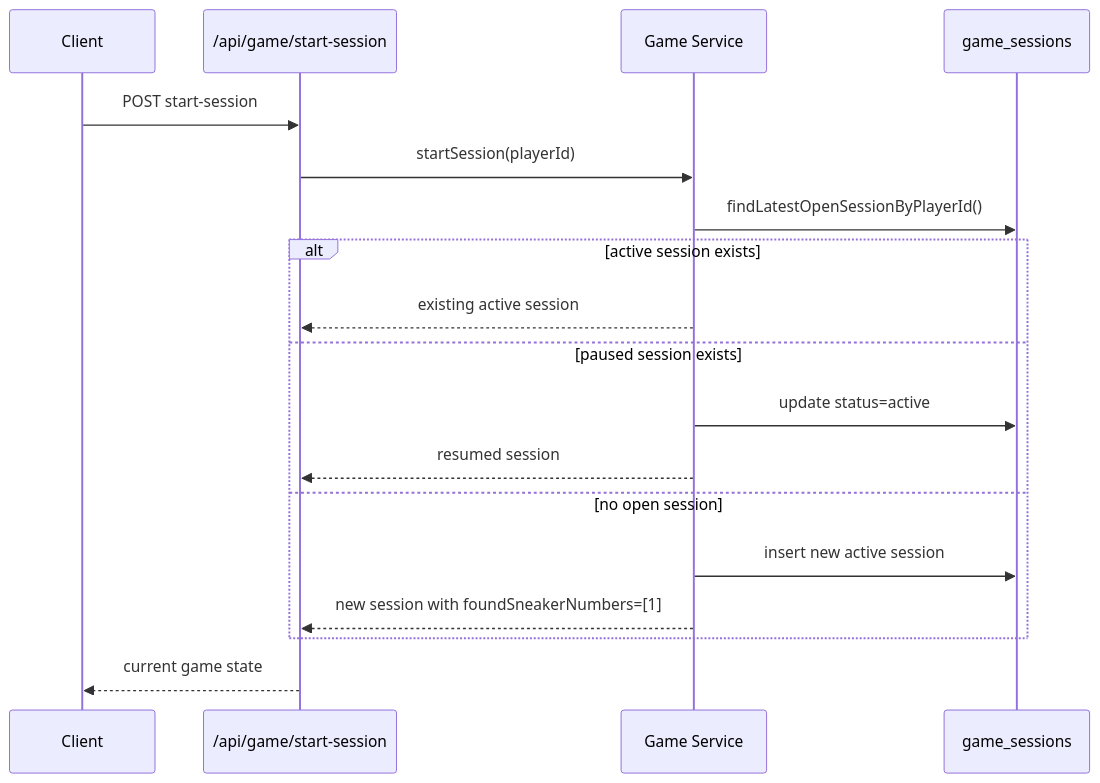
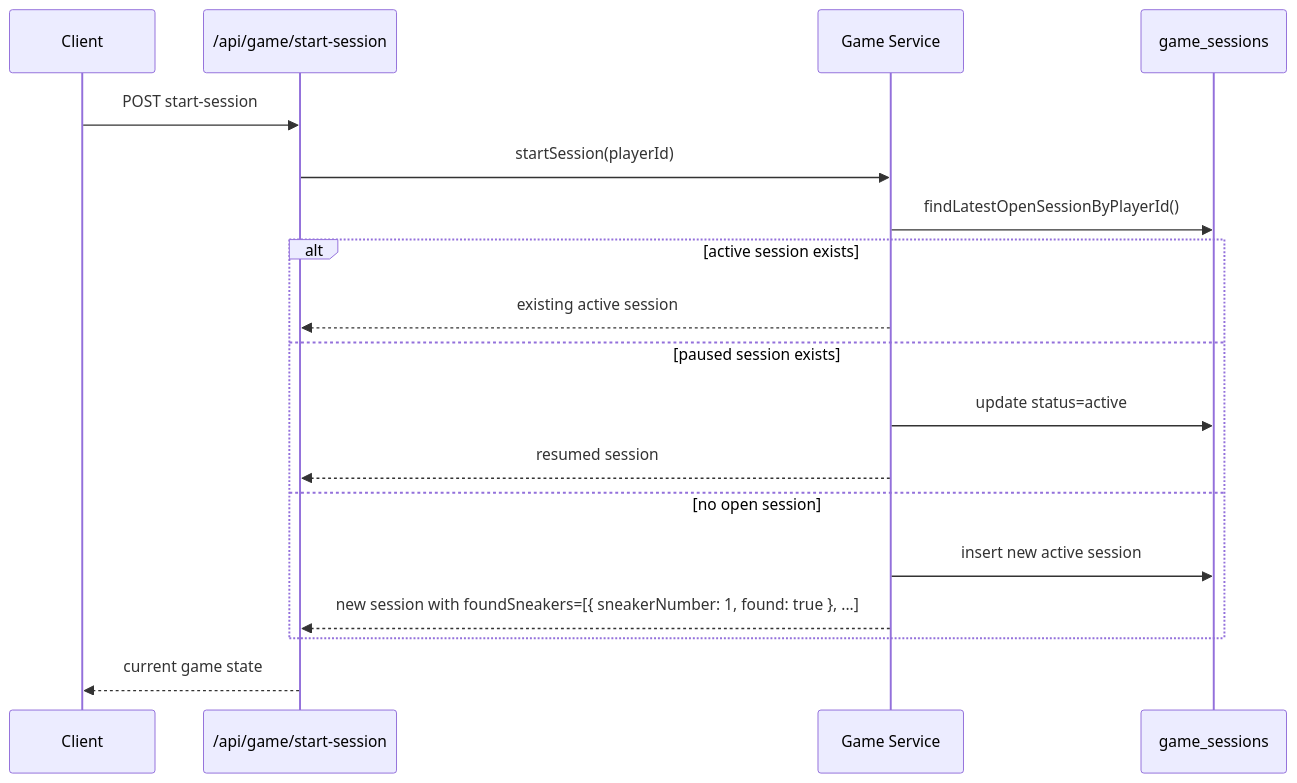
The fourth of 7 diagrams in docs/sequences.md (viscosha1575/lamoda-adidas), drawn with Mermaid before and after one commit. The commit also changed 8 other files, not shown here.

Commit message:
Update game session finish flow and auth bootstrap state

````diff
--- a/docs/sequences.md
+++ b/docs/sequences.md
@@ -58,21 +58,21 @@
 ```mermaid
 sequenceDiagram
     participant Client
     participant API as /api/game/start-session
     participant Game as Game Service
     participant DB as game_sessions
 
     Client->>API: POST start-session
     API->>Game: startSession(playerId)
     Game->>DB: findLatestOpenSessionByPlayerId()
     alt active session exists
         Game-->>API: existing active session
     else paused session exists
         Game->>DB: update status=active
         Game-->>API: resumed session
     else no open session
         Game->>DB: insert new active session
-        Game-->>API: new session with foundSneakerNumbers=[1]
+        Game-->>API: new session with foundSneakers=[{ sneakerNumber: 1, found: true }, ...]
     end
     API-->>Client: current game state
 ```
````
